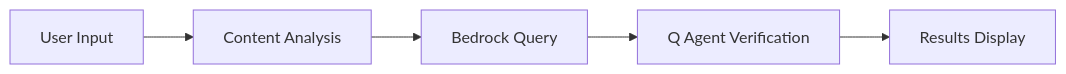
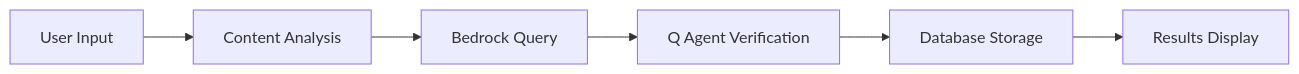
The second of 5 diagrams in README.md (ram-020998/nexus-gen-v2), drawn with Mermaid before and after one commit. The commit also changed other lines of this file and 51 other files, not shown here.

````diff
--- a/README.md
+++ b/README.md
@@ -74,7 +82,8 @@
 ```mermaid
 graph LR
     A[User Input] --> B[Content Analysis]
     B --> C[Bedrock Query]
     C --> D[Q Agent Verification]
-    D --> E[Results Display]
+    D --> E[Database Storage]
+    E --> F[Results Display]
 ```
````
